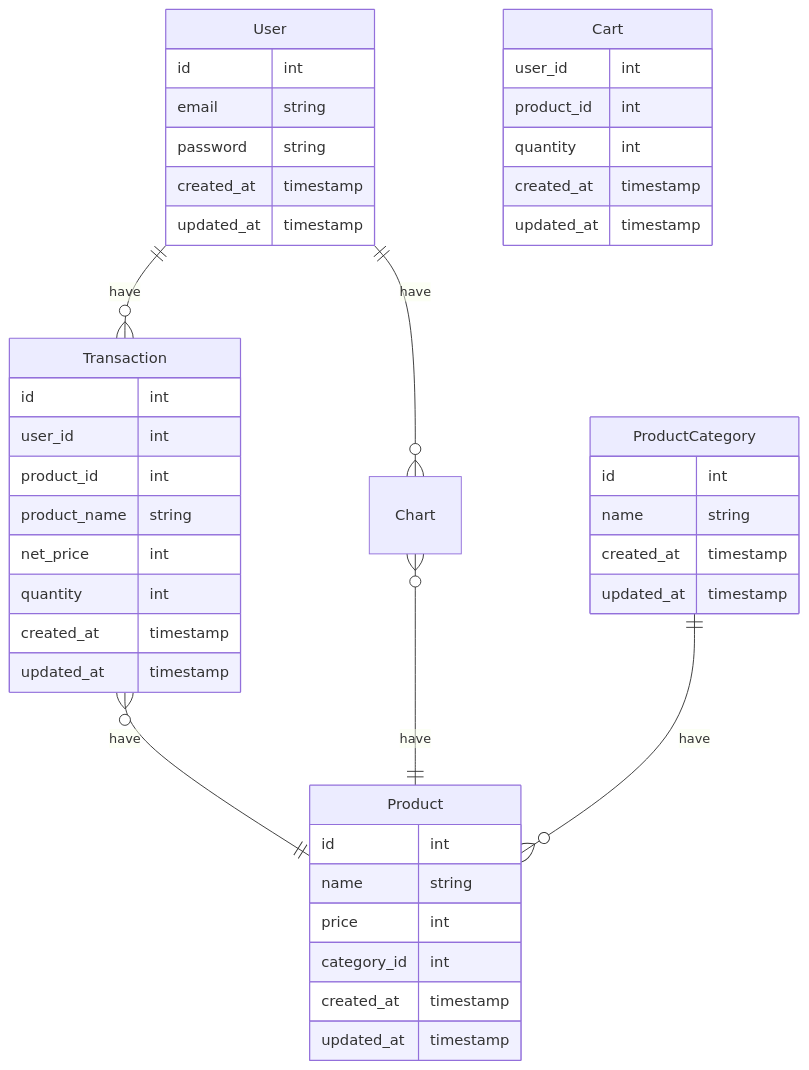
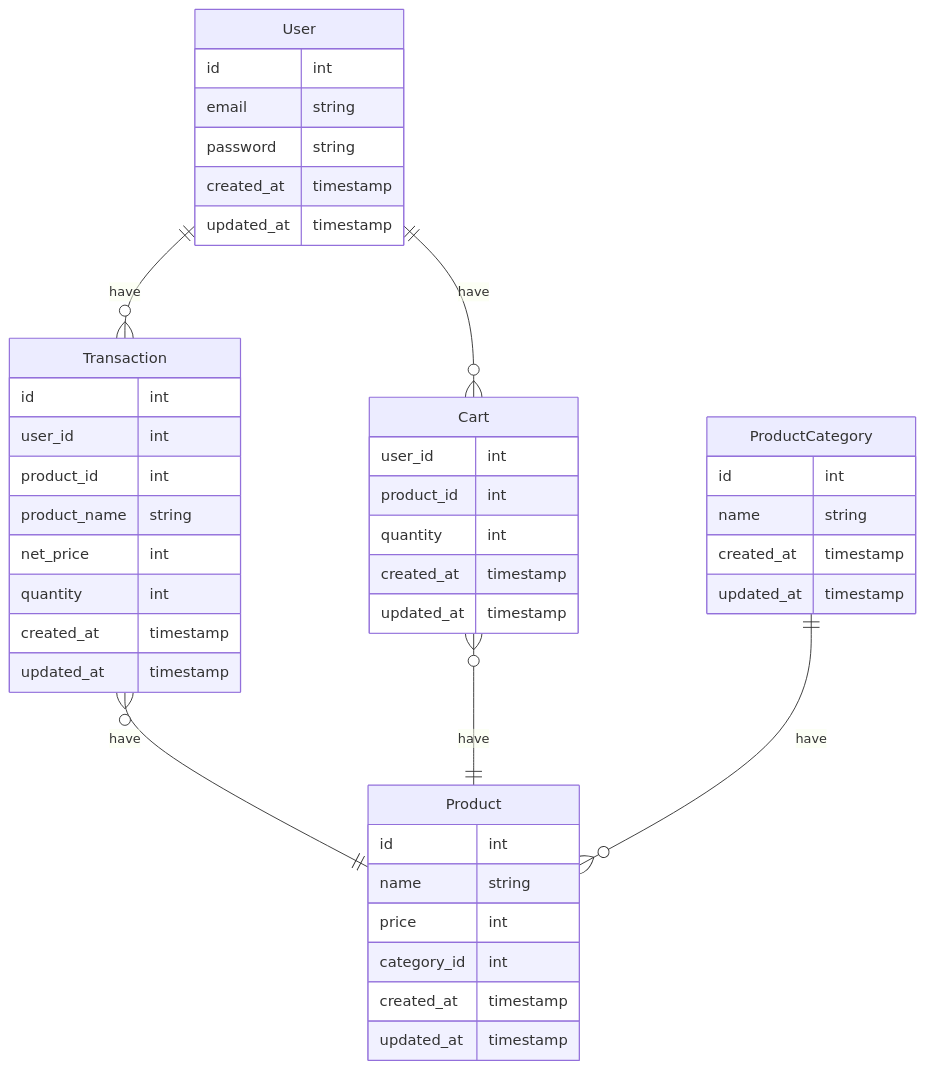
The diagram in README.md (sayyid-haidar/synapsis-backend-challenge), drawn with Mermaid before and after one commit.

Commit message:
Update: ERD on README.md

````diff
--- a/README.md
+++ b/README.md
@@ -48,51 +48,51 @@
 ```mermaid
 erDiagram
     User {
         id int
         email string
         password string
         created_at timestamp
         updated_at timestamp
     }
 
     ProductCategory {
         id int
         name string
         created_at timestamp
         updated_at timestamp
     }
 
     Product {
         id int
         name string
         price int
         category_id int
         created_at timestamp
         updated_at timestamp
     }
 
     Cart {
         user_id int
         product_id int
         quantity int
         created_at timestamp
         updated_at timestamp
     }
 
     Transaction {
         id int
         user_id int
         product_id int
         product_name string
         net_price int
         quantity int
         created_at timestamp
         updated_at timestamp
     }
 
-    User ||--o{ Chart : have 
+    User ||--o{ Cart : have 
     User ||--o{ Transaction : have 
     Transaction }o--|| Product : have 
-    Chart }o--|| Product : have 
+    Cart }o--|| Product : have 
     ProductCategory ||--o{ Product : have 
 ```
````
